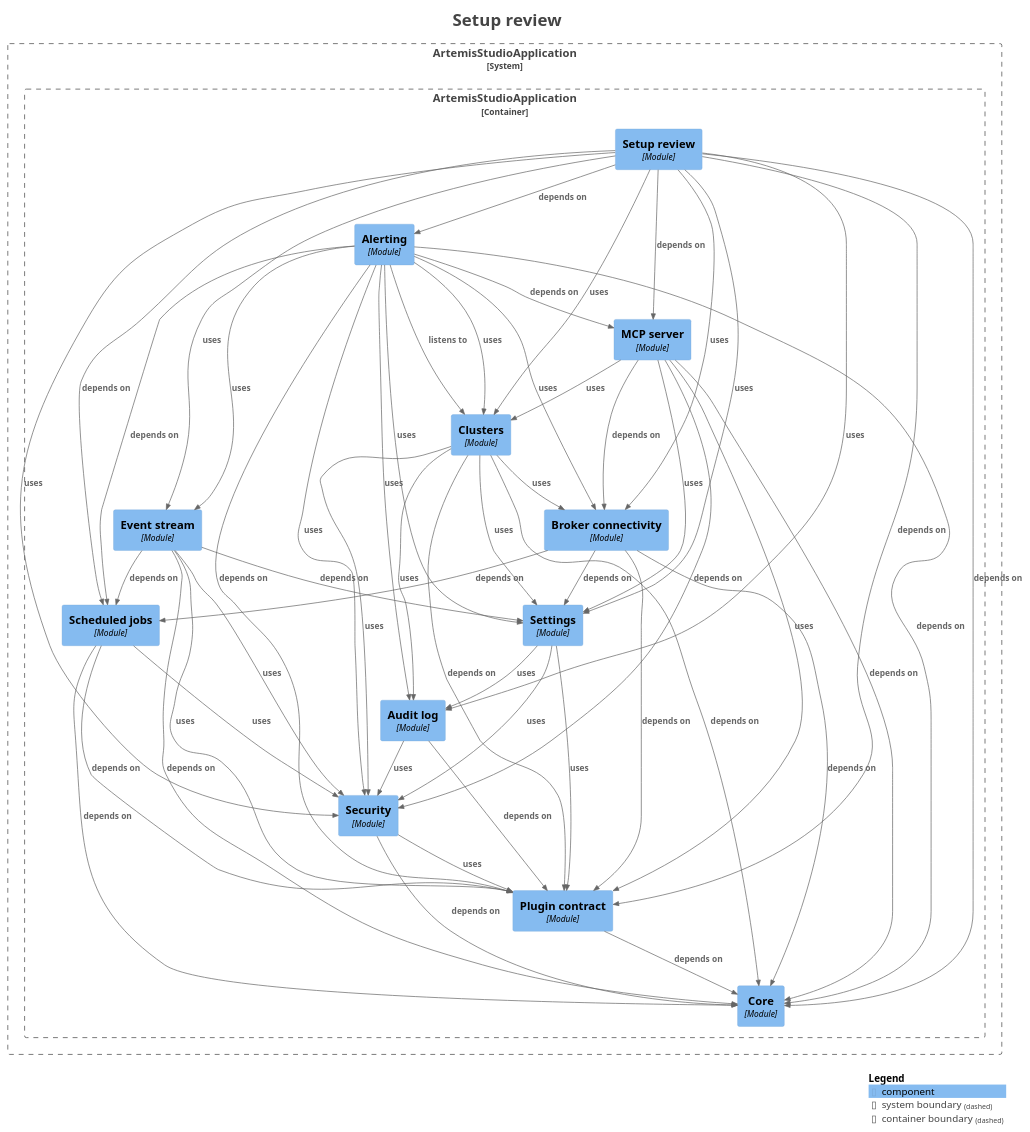
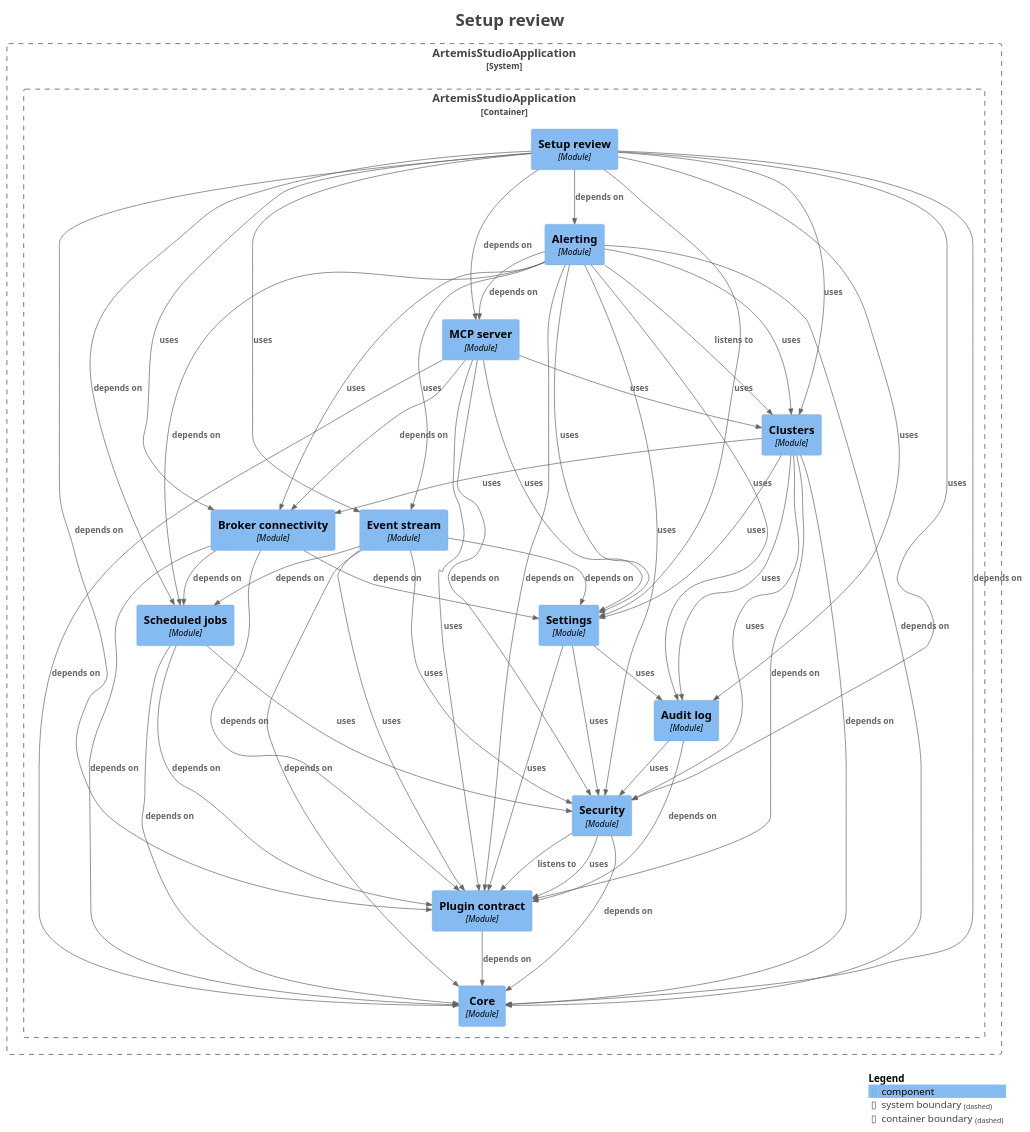
The diagram in docs/modules/module-feature.setupreview.puml (sudoitir/artemis-studio), drawn with PlantUML before and after one commit. The commit also changed 81 other files, not shown here.

```diff
--- a/docs/modules/module-feature.setupreview.puml
+++ b/docs/modules/module-feature.setupreview.puml
@@ -1,93 +1,94 @@
 @startuml
 title <size:24>Setup review</size>
 
 set separator none
 top to bottom direction
 
 <style>
   root {
     BackgroundColor: #ffffff
     FontColor: #444444
   }
 </style>
 
 !include <C4/C4>
 !include <C4/C4_Context>
 !include <C4/C4_Component>
 
 System_Boundary("ArtemisStudioApplication_boundary", "ArtemisStudioApplication", $tags="") {
   Container_Boundary("ArtemisStudioApplication.ArtemisStudioApplication_boundary", "ArtemisStudioApplication", $tags="") {
     Component(ArtemisStudioApplication.ArtemisStudioApplication.Settings, "Settings", $techn="Module", $descr="", $tags="", $link="")
     Component(ArtemisStudioApplication.ArtemisStudioApplication.Eventstream, "Event stream", $techn="Module", $descr="", $tags="", $link="")
     Component(ArtemisStudioApplication.ArtemisStudioApplication.Brokerconnectivity, "Broker connectivity", $techn="Module", $descr="", $tags="", $link="")
     Component(ArtemisStudioApplication.ArtemisStudioApplication.Clusters, "Clusters", $techn="Module", $descr="", $tags="", $link="")
     Component(ArtemisStudioApplication.ArtemisStudioApplication.MCPserver, "MCP server", $techn="Module", $descr="", $tags="", $link="")
     Component(ArtemisStudioApplication.ArtemisStudioApplication.Alerting, "Alerting", $techn="Module", $descr="", $tags="", $link="")
+    Component(ArtemisStudioApplication.ArtemisStudioApplication.Setupreview, "Setup review", $techn="Module", $descr="", $tags="", $link="")
     Component(ArtemisStudioApplication.ArtemisStudioApplication.Core, "Core", $techn="Module", $descr="", $tags="", $link="")
-    Component(ArtemisStudioApplication.ArtemisStudioApplication.Setupreview, "Setup review", $techn="Module", $descr="", $tags="", $link="")
     Component(ArtemisStudioApplication.ArtemisStudioApplication.Plugincontract, "Plugin contract", $techn="Module", $descr="", $tags="", $link="")
     Component(ArtemisStudioApplication.ArtemisStudioApplication.Security, "Security", $techn="Module", $descr="", $tags="", $link="")
     Component(ArtemisStudioApplication.ArtemisStudioApplication.Auditlog, "Audit log", $techn="Module", $descr="", $tags="", $link="")
     Component(ArtemisStudioApplication.ArtemisStudioApplication.Scheduledjobs, "Scheduled jobs", $techn="Module", $descr="", $tags="", $link="")
   }
 
 }
 
 Rel(ArtemisStudioApplication.ArtemisStudioApplication.Alerting, ArtemisStudioApplication.ArtemisStudioApplication.Auditlog, "uses", $techn="", $tags="", $link="")
 Rel(ArtemisStudioApplication.ArtemisStudioApplication.Alerting, ArtemisStudioApplication.ArtemisStudioApplication.Brokerconnectivity, "uses", $techn="", $tags="", $link="")
 Rel(ArtemisStudioApplication.ArtemisStudioApplication.Alerting, ArtemisStudioApplication.ArtemisStudioApplication.Clusters, "listens to", $techn="", $tags="", $link="")
 Rel(ArtemisStudioApplication.ArtemisStudioApplication.Alerting, ArtemisStudioApplication.ArtemisStudioApplication.Clusters, "uses", $techn="", $tags="", $link="")
 Rel(ArtemisStudioApplication.ArtemisStudioApplication.Alerting, ArtemisStudioApplication.ArtemisStudioApplication.Core, "depends on", $techn="", $tags="", $link="")
 Rel(ArtemisStudioApplication.ArtemisStudioApplication.Alerting, ArtemisStudioApplication.ArtemisStudioApplication.Eventstream, "uses", $techn="", $tags="", $link="")
 Rel(ArtemisStudioApplication.ArtemisStudioApplication.Alerting, ArtemisStudioApplication.ArtemisStudioApplication.MCPserver, "depends on", $techn="", $tags="", $link="")
 Rel(ArtemisStudioApplication.ArtemisStudioApplication.Alerting, ArtemisStudioApplication.ArtemisStudioApplication.Plugincontract, "depends on", $techn="", $tags="", $link="")
 Rel(ArtemisStudioApplication.ArtemisStudioApplication.Alerting, ArtemisStudioApplication.ArtemisStudioApplication.Scheduledjobs, "depends on", $techn="", $tags="", $link="")
 Rel(ArtemisStudioApplication.ArtemisStudioApplication.Alerting, ArtemisStudioApplication.ArtemisStudioApplication.Security, "uses", $techn="", $tags="", $link="")
 Rel(ArtemisStudioApplication.ArtemisStudioApplication.Alerting, ArtemisStudioApplication.ArtemisStudioApplication.Settings, "uses", $techn="", $tags="", $link="")
 Rel(ArtemisStudioApplication.ArtemisStudioApplication.Auditlog, ArtemisStudioApplication.ArtemisStudioApplication.Plugincontract, "depends on", $techn="", $tags="", $link="")
 Rel(ArtemisStudioApplication.ArtemisStudioApplication.Auditlog, ArtemisStudioApplication.ArtemisStudioApplication.Security, "uses", $techn="", $tags="", $link="")
 Rel(ArtemisStudioApplication.ArtemisStudioApplication.Brokerconnectivity, ArtemisStudioApplication.ArtemisStudioApplication.Core, "depends on", $techn="", $tags="", $link="")
 Rel(ArtemisStudioApplication.ArtemisStudioApplication.Brokerconnectivity, ArtemisStudioApplication.ArtemisStudioApplication.Plugincontract, "depends on", $techn="", $tags="", $link="")
 Rel(ArtemisStudioApplication.ArtemisStudioApplication.Brokerconnectivity, ArtemisStudioApplication.ArtemisStudioApplication.Scheduledjobs, "depends on", $techn="", $tags="", $link="")
 Rel(ArtemisStudioApplication.ArtemisStudioApplication.Brokerconnectivity, ArtemisStudioApplication.ArtemisStudioApplication.Settings, "depends on", $techn="", $tags="", $link="")
 Rel(ArtemisStudioApplication.ArtemisStudioApplication.Clusters, ArtemisStudioApplication.ArtemisStudioApplication.Auditlog, "uses", $techn="", $tags="", $link="")
 Rel(ArtemisStudioApplication.ArtemisStudioApplication.Clusters, ArtemisStudioApplication.ArtemisStudioApplication.Brokerconnectivity, "uses", $techn="", $tags="", $link="")
 Rel(ArtemisStudioApplication.ArtemisStudioApplication.Clusters, ArtemisStudioApplication.ArtemisStudioApplication.Core, "depends on", $techn="", $tags="", $link="")
 Rel(ArtemisStudioApplication.ArtemisStudioApplication.Clusters, ArtemisStudioApplication.ArtemisStudioApplication.Plugincontract, "depends on", $techn="", $tags="", $link="")
 Rel(ArtemisStudioApplication.ArtemisStudioApplication.Clusters, ArtemisStudioApplication.ArtemisStudioApplication.Security, "uses", $techn="", $tags="", $link="")
 Rel(ArtemisStudioApplication.ArtemisStudioApplication.Clusters, ArtemisStudioApplication.ArtemisStudioApplication.Settings, "uses", $techn="", $tags="", $link="")
 Rel(ArtemisStudioApplication.ArtemisStudioApplication.Eventstream, ArtemisStudioApplication.ArtemisStudioApplication.Core, "depends on", $techn="", $tags="", $link="")
 Rel(ArtemisStudioApplication.ArtemisStudioApplication.Eventstream, ArtemisStudioApplication.ArtemisStudioApplication.Plugincontract, "uses", $techn="", $tags="", $link="")
 Rel(ArtemisStudioApplication.ArtemisStudioApplication.Eventstream, ArtemisStudioApplication.ArtemisStudioApplication.Scheduledjobs, "depends on", $techn="", $tags="", $link="")
 Rel(ArtemisStudioApplication.ArtemisStudioApplication.Eventstream, ArtemisStudioApplication.ArtemisStudioApplication.Security, "uses", $techn="", $tags="", $link="")
 Rel(ArtemisStudioApplication.ArtemisStudioApplication.Eventstream, ArtemisStudioApplication.ArtemisStudioApplication.Settings, "depends on", $techn="", $tags="", $link="")
 Rel(ArtemisStudioApplication.ArtemisStudioApplication.MCPserver, ArtemisStudioApplication.ArtemisStudioApplication.Brokerconnectivity, "depends on", $techn="", $tags="", $link="")
 Rel(ArtemisStudioApplication.ArtemisStudioApplication.MCPserver, ArtemisStudioApplication.ArtemisStudioApplication.Clusters, "uses", $techn="", $tags="", $link="")
 Rel(ArtemisStudioApplication.ArtemisStudioApplication.MCPserver, ArtemisStudioApplication.ArtemisStudioApplication.Core, "depends on", $techn="", $tags="", $link="")
 Rel(ArtemisStudioApplication.ArtemisStudioApplication.MCPserver, ArtemisStudioApplication.ArtemisStudioApplication.Plugincontract, "uses", $techn="", $tags="", $link="")
 Rel(ArtemisStudioApplication.ArtemisStudioApplication.MCPserver, ArtemisStudioApplication.ArtemisStudioApplication.Security, "depends on", $techn="", $tags="", $link="")
 Rel(ArtemisStudioApplication.ArtemisStudioApplication.MCPserver, ArtemisStudioApplication.ArtemisStudioApplication.Settings, "uses", $techn="", $tags="", $link="")
 Rel(ArtemisStudioApplication.ArtemisStudioApplication.Plugincontract, ArtemisStudioApplication.ArtemisStudioApplication.Core, "depends on", $techn="", $tags="", $link="")
 Rel(ArtemisStudioApplication.ArtemisStudioApplication.Scheduledjobs, ArtemisStudioApplication.ArtemisStudioApplication.Core, "depends on", $techn="", $tags="", $link="")
 Rel(ArtemisStudioApplication.ArtemisStudioApplication.Scheduledjobs, ArtemisStudioApplication.ArtemisStudioApplication.Plugincontract, "depends on", $techn="", $tags="", $link="")
 Rel(ArtemisStudioApplication.ArtemisStudioApplication.Scheduledjobs, ArtemisStudioApplication.ArtemisStudioApplication.Security, "uses", $techn="", $tags="", $link="")
 Rel(ArtemisStudioApplication.ArtemisStudioApplication.Security, ArtemisStudioApplication.ArtemisStudioApplication.Core, "depends on", $techn="", $tags="", $link="")
+Rel(ArtemisStudioApplication.ArtemisStudioApplication.Security, ArtemisStudioApplication.ArtemisStudioApplication.Plugincontract, "listens to", $techn="", $tags="", $link="")
 Rel(ArtemisStudioApplication.ArtemisStudioApplication.Security, ArtemisStudioApplication.ArtemisStudioApplication.Plugincontract, "uses", $techn="", $tags="", $link="")
 Rel(ArtemisStudioApplication.ArtemisStudioApplication.Settings, ArtemisStudioApplication.ArtemisStudioApplication.Auditlog, "uses", $techn="", $tags="", $link="")
 Rel(ArtemisStudioApplication.ArtemisStudioApplication.Settings, ArtemisStudioApplication.ArtemisStudioApplication.Plugincontract, "uses", $techn="", $tags="", $link="")
 Rel(ArtemisStudioApplication.ArtemisStudioApplication.Settings, ArtemisStudioApplication.ArtemisStudioApplication.Security, "uses", $techn="", $tags="", $link="")
 Rel(ArtemisStudioApplication.ArtemisStudioApplication.Setupreview, ArtemisStudioApplication.ArtemisStudioApplication.Alerting, "depends on", $techn="", $tags="", $link="")
 Rel(ArtemisStudioApplication.ArtemisStudioApplication.Setupreview, ArtemisStudioApplication.ArtemisStudioApplication.Auditlog, "uses", $techn="", $tags="", $link="")
 Rel(ArtemisStudioApplication.ArtemisStudioApplication.Setupreview, ArtemisStudioApplication.ArtemisStudioApplication.Brokerconnectivity, "uses", $techn="", $tags="", $link="")
 Rel(ArtemisStudioApplication.ArtemisStudioApplication.Setupreview, ArtemisStudioApplication.ArtemisStudioApplication.Clusters, "uses", $techn="", $tags="", $link="")
 Rel(ArtemisStudioApplication.ArtemisStudioApplication.Setupreview, ArtemisStudioApplication.ArtemisStudioApplication.Core, "depends on", $techn="", $tags="", $link="")
 Rel(ArtemisStudioApplication.ArtemisStudioApplication.Setupreview, ArtemisStudioApplication.ArtemisStudioApplication.Eventstream, "uses", $techn="", $tags="", $link="")
 Rel(ArtemisStudioApplication.ArtemisStudioApplication.Setupreview, ArtemisStudioApplication.ArtemisStudioApplication.MCPserver, "depends on", $techn="", $tags="", $link="")
 Rel(ArtemisStudioApplication.ArtemisStudioApplication.Setupreview, ArtemisStudioApplication.ArtemisStudioApplication.Plugincontract, "depends on", $techn="", $tags="", $link="")
 Rel(ArtemisStudioApplication.ArtemisStudioApplication.Setupreview, ArtemisStudioApplication.ArtemisStudioApplication.Scheduledjobs, "depends on", $techn="", $tags="", $link="")
 Rel(ArtemisStudioApplication.ArtemisStudioApplication.Setupreview, ArtemisStudioApplication.ArtemisStudioApplication.Security, "uses", $techn="", $tags="", $link="")
 Rel(ArtemisStudioApplication.ArtemisStudioApplication.Setupreview, ArtemisStudioApplication.ArtemisStudioApplication.Settings, "uses", $techn="", $tags="", $link="")
 
 SHOW_LEGEND(true)
 hide stereotypes
 @enduml
```
